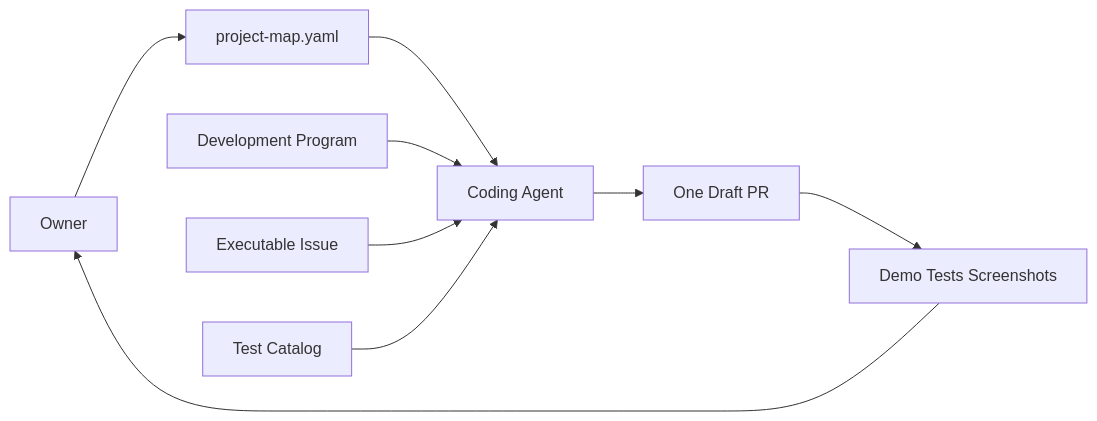
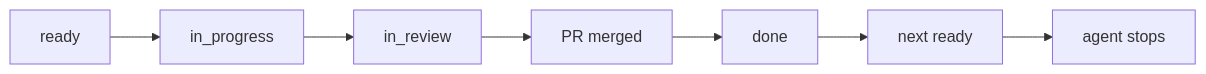
The sixth of 6 diagrams in docs/project-map/PROJECT_MAP.md (spikeal8-maker/asa-lab), drawn with Mermaid before and after one commit. The commit also changed other lines of this file, not shown here.

Commit message:
docs(map): distinguish delivery stages from architecture horizons

````diff
--- a/docs/project-map/PROJECT_MAP.md
+++ b/docs/project-map/PROJECT_MAP.md
@@ -213,20 +185,12 @@
 ```mermaid
 flowchart LR
-    OWNER[Owner]
-    MAP[project-map.yaml]
-    PROGRAM[Development Program]
-    ISSUE[Executable Issue]
-    CATALOG[Test Catalog]
-    AGENT[Coding Agent]
-    PR[One Draft PR]
-    EVIDENCE[Demo Tests Screenshots]
+    READY[ready]
+    PROGRESS[in_progress]
+    REVIEW[in_review]
+    MERGE[PR merged]
+    DONE[done]
+    NEXT[next ready]
+    STOP[agent stops]
 
-    OWNER --> MAP
-    MAP --> AGENT
-    PROGRAM --> AGENT
-    ISSUE --> AGENT
-    CATALOG --> AGENT
-    AGENT --> PR
-    PR --> EVIDENCE
-    EVIDENCE --> OWNER
+    READY --> PROGRESS --> REVIEW --> MERGE --> DONE --> NEXT --> STOP
 ```
````
